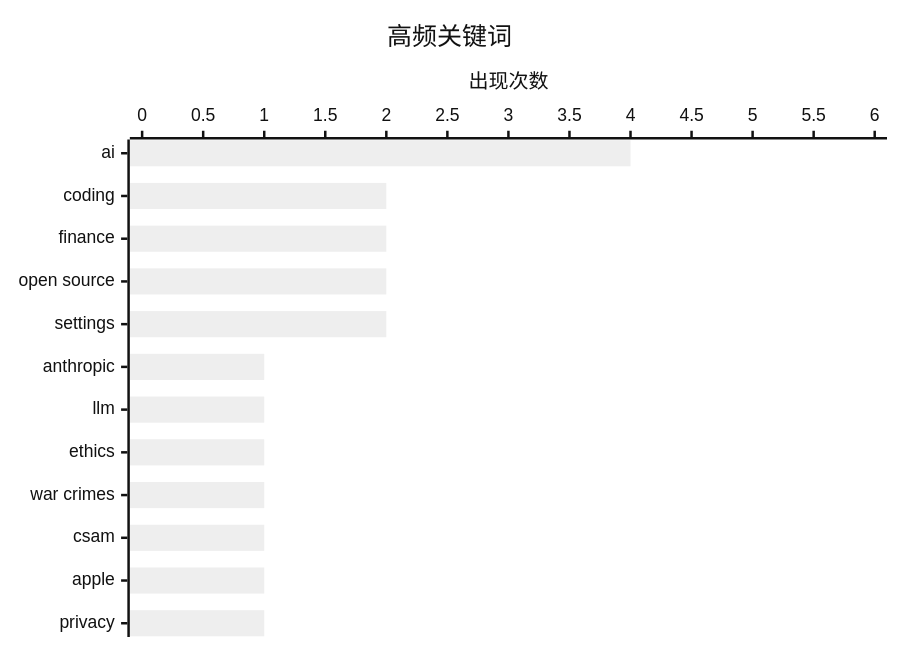
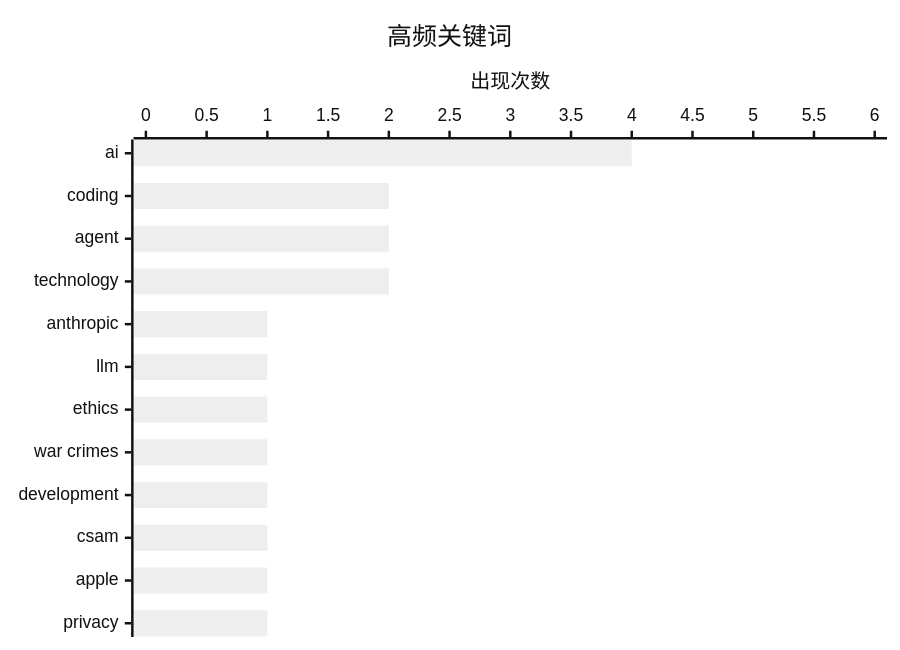
One commit to gitmeus/daily-reports changed the second of 2 diagrams in digest-20260228.md. Above: the diagram before and after it, drawn with Mermaid (neutral theme). The commit also changed other lines of this file, not shown here.

````diff
--- a/digest-20260228.md
+++ b/digest-20260228.md
@@ -66,7 +65,7 @@
 ```mermaid
 xychart-beta horizontal
     title "高频关键词"
-    x-axis ["ai", "coding", "finance", "open source", "settings", "anthropic", "llm", "ethics", "war crimes", "csam", "apple", "privacy"]
+    x-axis ["ai", "coding", "agent", "technology", "anthropic", "llm", "ethics", "war crimes", "development", "csam", "apple", "privacy"]
     y-axis "出现次数" 0 --> 6
-    bar [4, 2, 2, 2, 2, 1, 1, 1, 1, 1, 1, 1]
+    bar [4, 2, 2, 2, 1, 1, 1, 1, 1, 1, 1, 1]
 ```
````
